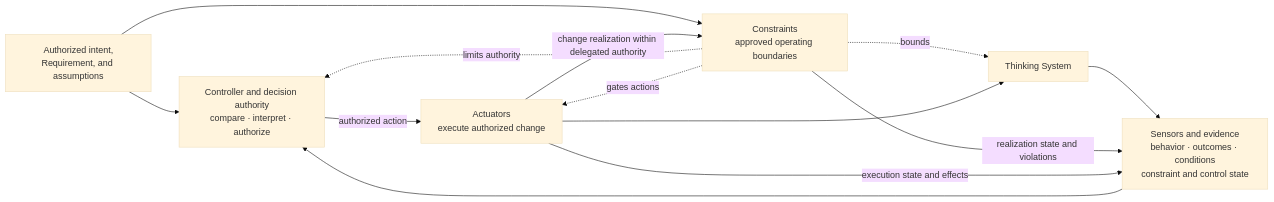
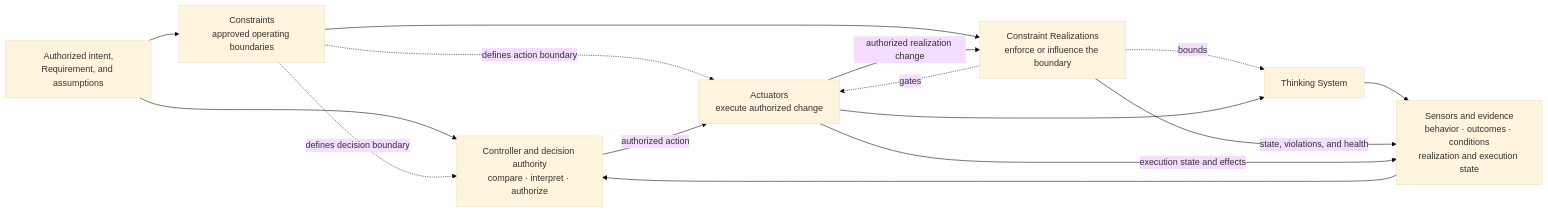
Before and after one commit to UncertaintyArchitectureGroup/uncertainty-architecture: the second of 3 diagrams in 02-ai-control-plane/README.md, drawn with Mermaid (base theme). The commit also changed other lines of this file, not shown here.

Commit message:
docs: expose realization boundary in AI Control Plane

````diff
--- a/02-ai-control-plane/README.md
+++ b/02-ai-control-plane/README.md
@@ -73,22 +71,25 @@
 ```mermaid
 flowchart LR
     R[Authorized intent,<br/>Requirement, and assumptions]
     K[Constraints<br/>approved operating boundaries]
+    KR[Constraint Realizations<br/>enforce or influence the boundary]
     P[Thinking System]
-    S[Sensors and evidence<br/>behavior · outcomes · conditions<br/>constraint and control state]
+    S[Sensors and evidence<br/>behavior · outcomes · conditions<br/>realization and execution state]
     C[Controller and decision authority<br/>compare · interpret · authorize]
     A[Actuators<br/>execute authorized change]
 
     R --> C
     R --> K
-    K -. bounds .-> P
-    K -. limits authority .-> C
-    K -. gates actions .-> A
+    K --> KR
+    K -. defines decision boundary .-> C
+    K -. defines action boundary .-> A
+    KR -. bounds .-> P
+    KR -. gates .-> A
     P --> S
-    K -->|realization state and violations| S
+    KR -->|state, violations, and health| S
     A -->|execution state and effects| S
     S --> C
     C -->|authorized action| A
     A --> P
-    A -->|change realization within delegated authority| K
+    A -->|authorized realization change| KR
 ```
````
